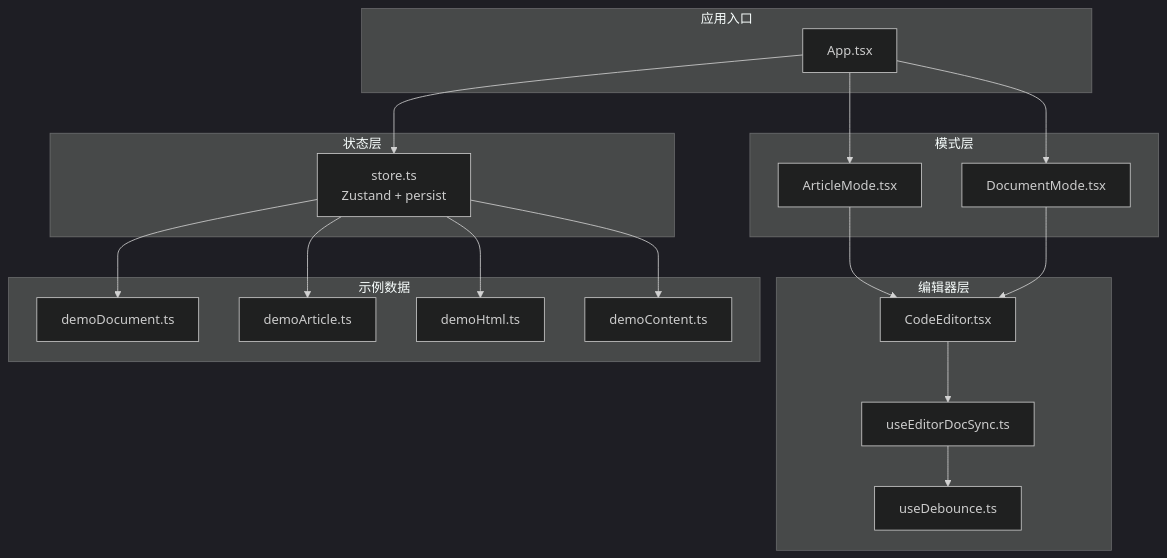
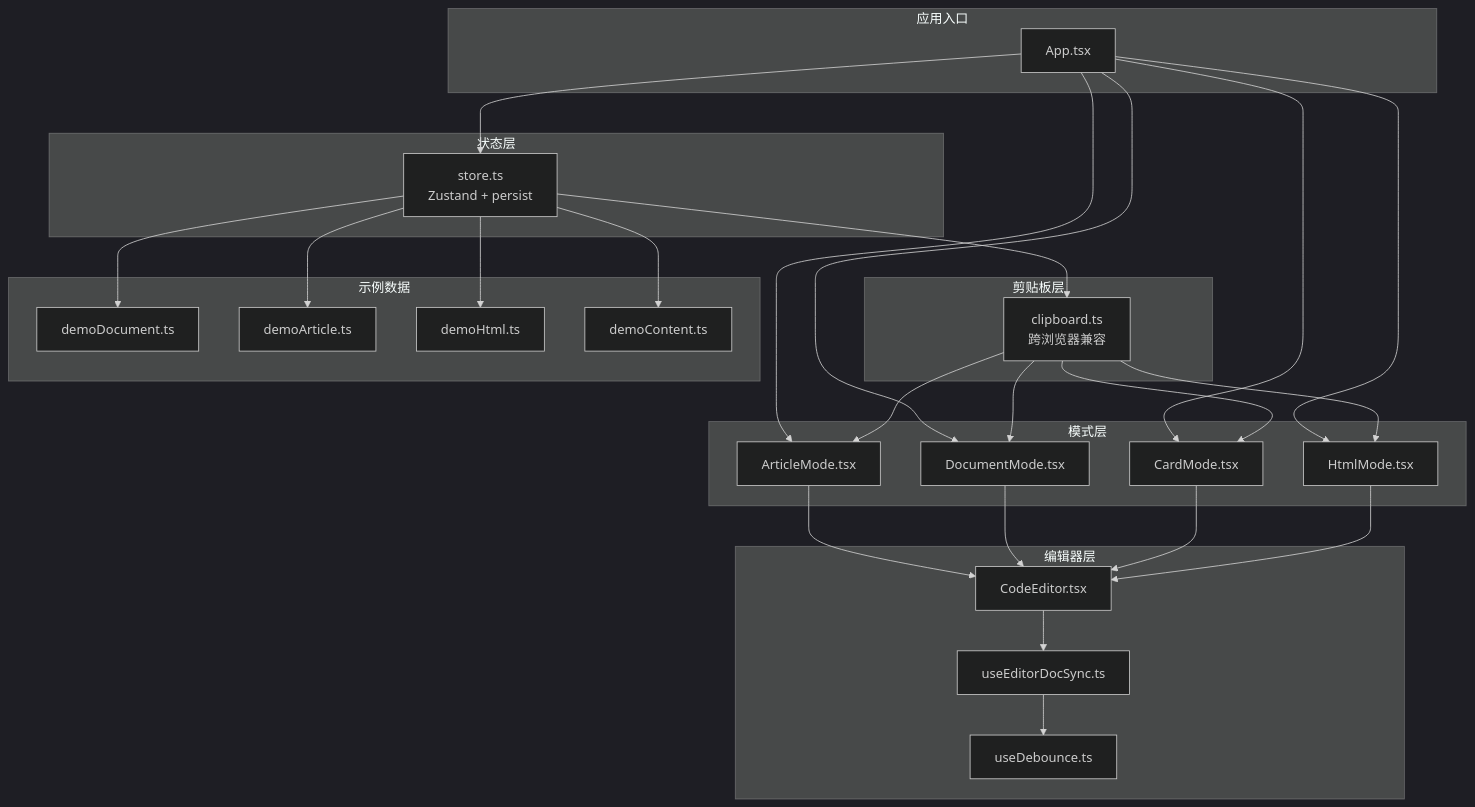
One commit to ZhongXiandou/markdown2view changed the first of 9 diagrams in .qoder/repowiki/zh/content/数据管理.md. Above: the diagram before and after it, drawn with Mermaid (dark theme). The commit also changed other lines of this file and 21 other files, not shown here.

````diff
--- a/.qoder/repowiki/zh/content/数据管理.md
+++ b/.qoder/repowiki/zh/content/数据管理.md
@@ -49,35 +62,49 @@
 ```mermaid
 graph TB
 subgraph "应用入口"
 APP["App.tsx"]
 end
 subgraph "状态层"
 STORE["store.ts<br/>Zustand + persist"]
+end
+subgraph "剪贴板层"
+CLIPBOARD["clipboard.ts<br/>跨浏览器兼容"]
 end
 subgraph "编辑器层"
 CODE["CodeEditor.tsx"]
 SYNC["useEditorDocSync.ts"]
 DEBOUNCE["useDebounce.ts"]
 end
 subgraph "模式层"
 ART_MODE["ArticleMode.tsx"]
 DOC_MODE["DocumentMode.tsx"]
+CARD_MODE["CardMode.tsx"]
+HTML_MODE["HtmlMode.tsx"]
 end
 subgraph "示例数据"
 DEMO_DOC["demoDocument.ts"]
 DEMO_ART["demoArticle.ts"]
 DEMO_HTML["demoHtml.ts"]
 DEMO_CT["demoContent.ts"]
 end
 APP --> STORE
 APP --> ART_MODE
 APP --> DOC_MODE
+APP --> CARD_MODE
+APP --> HTML_MODE
 ART_MODE --> CODE
 DOC_MODE --> CODE
+CARD_MODE --> CODE
+HTML_MODE --> CODE
 CODE --> SYNC
 SYNC --> DEBOUNCE
+STORE --> CLIPBOARD
+CLIPBOARD --> ART_MODE
+CLIPBOARD --> DOC_MODE
+CLIPBOARD --> CARD_MODE
+CLIPBOARD --> HTML_MODE
 STORE --> DEMO_DOC
 STORE --> DEMO_ART
 STORE --> DEMO_HTML
 STORE --> DEMO_CT
 ```
````
